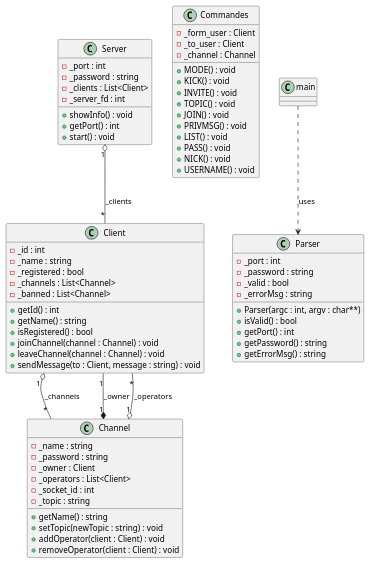
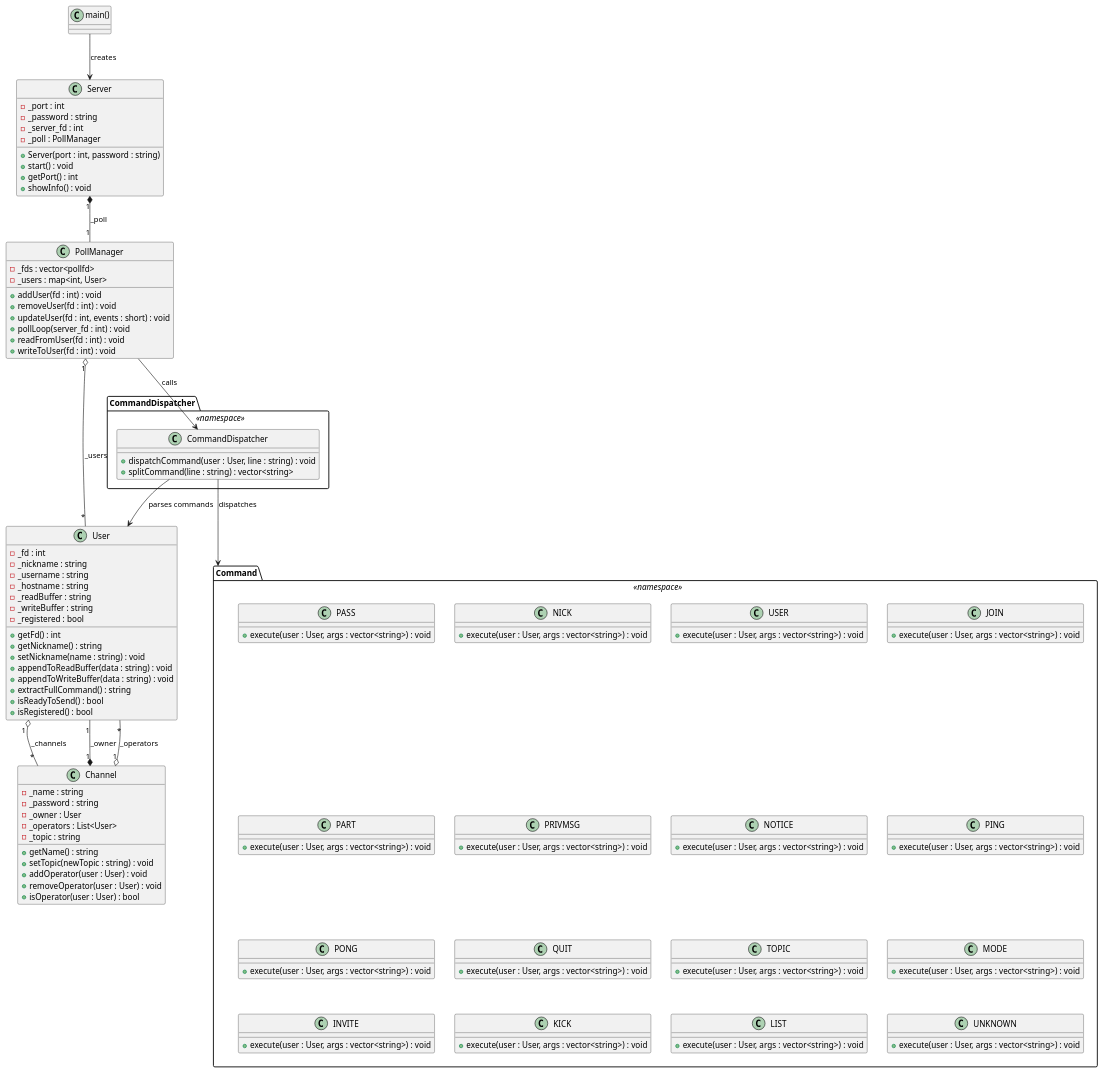
One commit to EniumRaphael/ft_irc changed the diagram in diagram.puml. Above: the diagram before and after it, drawn with PlantUML. The commit also changed 5 other files, not shown here.

```diff
--- a/diagram.puml
+++ b/diagram.puml
@@ -1,98 +1,154 @@
-@startuml
+@startuml "IRC Server - Detailed UML"
 
 ' ========================
-'        CLASS: Server
+'         ENTRY: main()
+' ========================
+class "main()"
+
+' ========================
+'         CLASS: Server
 ' ========================
 class Server {
     - _port : int
     - _password : string
-    - _clients : List<Client>
     - _server_fd : int
+    - _poll : PollManager
 
+    + Server(port : int, password : string)
+    + start() : void
+    + getPort() : int
     + showInfo() : void
-    + getPort() : int
-    + start() : void
+}
+
+' ============================
+'         CLASS: PollManager
+' ============================
+class PollManager {
+    - _fds : vector<pollfd>
+    - _users : map<int, User>
+
+    + addUser(fd : int) : void
+    + removeUser(fd : int) : void
+    + updateUser(fd : int, events : short) : void
+    + pollLoop(server_fd : int) : void
+    + readFromUser(fd : int) : void
+    + writeToUser(fd : int) : void
 }
 
 ' ========================
-'        CLASS: Client
+'         CLASS: User
 ' ========================
-class Client {
-    - _id : int
-    - _name : string
+class User {
+    - _fd : int
+    - _nickname : string
+    - _username : string
+    - _hostname : string
+    - _readBuffer : string
+    - _writeBuffer : string
     - _registered : bool
-    - _channels : List<Channel>
-    - _banned : List<Channel>
 
-    + getId() : int
-    + getName() : string
+    + getFd() : int
+    + getNickname() : string
+    + setNickname(name : string) : void
+    + appendToReadBuffer(data : string) : void
+    + appendToWriteBuffer(data : string) : void
+    + extractFullCommand() : string
+    + isReadyToSend() : bool
     + isRegistered() : bool
-    + joinChannel(channel : Channel) : void
-    + leaveChannel(channel : Channel) : void
-    + sendMessage(to : Client, message : string) : void
 }
 
 ' ========================
-'        CLASS: Channel
+'         CLASS: Channel
 ' ========================
 class Channel {
     - _name : string
     - _password : string
-    - _owner : Client
-    - _operators : List<Client>
-    - _socket_id : int
+    - _owner : User
+    - _operators : List<User>
     - _topic : string
 
     + getName() : string
     + setTopic(newTopic : string) : void
-    + addOperator(client : Client) : void
-    + removeOperator(client : Client) : void
+    + addOperator(user : User) : void
+    + removeOperator(user : User) : void
+    + isOperator(user : User) : bool
 }
 
-' ========================
-'        CLASS: Commandes
-' ========================
-class Commandes {
-    - _form_user : Client
-    - _to_user : Client
-    - _channel : Channel
-
-    + MODE() : void
-    + KICK() : void
-    + INVITE() : void
-    + TOPIC() : void
-    + JOIN() : void
-    + PRIVMSG() : void
-    + LIST() : void
-    + PASS() : void
-    + NICK() : void
-    + USERNAME() : void
+' ====================================
+'  NAMESPACE: CommandDispatcher (static)
+' ====================================
+package "CommandDispatcher" <<namespace>> {
+    class CommandDispatcher {
+        + dispatchCommand(user : User, line : string) : void
+        + splitCommand(line : string) : vector<string>
+    }
 }
 
-' ========================
-'        CLASS: Parser
-' ========================
-class Parser {
-    - _port : int
-    - _password : string
-    - _valid : bool
-    - _errorMsg : string
-
-    + Parser(argc : int, argv : char**)
-    + isValid() : bool
-    + getPort() : int
-    + getPassword() : string
-    + getErrorMsg() : string
+' =============================
+'      NAMESPACE: Command
+' =============================
+package "Command" <<namespace>> {
+    class PASS {
+        + execute(user : User, args : vector<string>) : void
+    }
+    class NICK {
+        + execute(user : User, args : vector<string>) : void
+    }
+    class USER {
+        + execute(user : User, args : vector<string>) : void
+    }
+    class JOIN {
+        + execute(user : User, args : vector<string>) : void
+    }
+    class PART {
+        + execute(user : User, args : vector<string>) : void
+    }
+    class PRIVMSG {
+        + execute(user : User, args : vector<string>) : void
+    }
+    class NOTICE {
+        + execute(user : User, args : vector<string>) : void
+    }
+    class PING {
+        + execute(user : User, args : vector<string>) : void
+    }
+    class PONG {
+        + execute(user : User, args : vector<string>) : void
+    }
+    class QUIT {
+        + execute(user : User, args : vector<string>) : void
+    }
+    class TOPIC {
+        + execute(user : User, args : vector<string>) : void
+    }
+    class MODE {
+        + execute(user : User, args : vector<string>) : void
+    }
+    class INVITE {
+        + execute(user : User, args : vector<string>) : void
+    }
+    class KICK {
+        + execute(user : User, args : vector<string>) : void
+    }
+    class LIST {
+        + execute(user : User, args : vector<string>) : void
+    }
+    class UNKNOWN {
+        + execute(user : User, args : vector<string>) : void
+    }
 }
 
 ' ========================
 '         RELATIONS
 ' ========================
-
-Server "1" o-- "*" Client : _clients
-Client "1" o-- "*" Channel : _channels
-Channel "1" *-- "1" Client : _owner
-Channel "1" o-- "*" Client : _operators
-main ..> Parser : uses
+"main()" --> Server : creates
+Server "1" *-- "1" PollManager : _poll
+PollManager "1" o-- "*" User : _users
+User "1" o-- "*" Channel : _channels
+Channel "1" *-- "1" User : _owner
+Channel "1" o-- "*" User : _operators
+PollManager --> CommandDispatcher.CommandDispatcher : calls
+CommandDispatcher.CommandDispatcher --> Command : dispatches
+CommandDispatcher.CommandDispatcher --> User : parses commands
 
 @enduml
```
